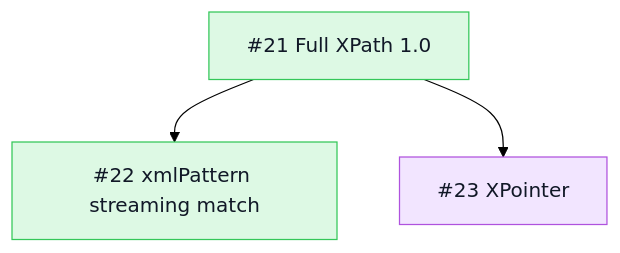
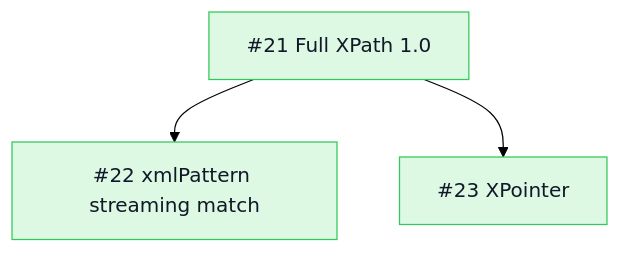
Before and after one commit to mihaelamj/PureXML: the third of 5 diagrams in README.md, drawn with Mermaid (forest theme). The commit also changed 5 other files, not shown here.

````diff
--- a/README.md
+++ b/README.md
@@ -86,12 +86,12 @@
 ```mermaid
 flowchart TB
   classDef done fill:#ddf9e4,stroke:#34c759,color:#111827
   classDef review fill:#fff7d6,stroke:#ffcc00,color:#111827
   classDef epic fill:#f2e5ff,stroke:#af52de,color:#111827
   classDef todo fill:#f2f4f7,stroke:#8e8e93,color:#111827
   XPathFull["#21 Full XPath 1.0"]:::done
   Pattern["#22 xmlPattern streaming match"]:::done
-  XPointer["#23 XPointer"]:::epic
+  XPointer["#23 XPointer"]:::done
   XPathFull --> Pattern
   XPathFull --> XPointer
 ```
````
